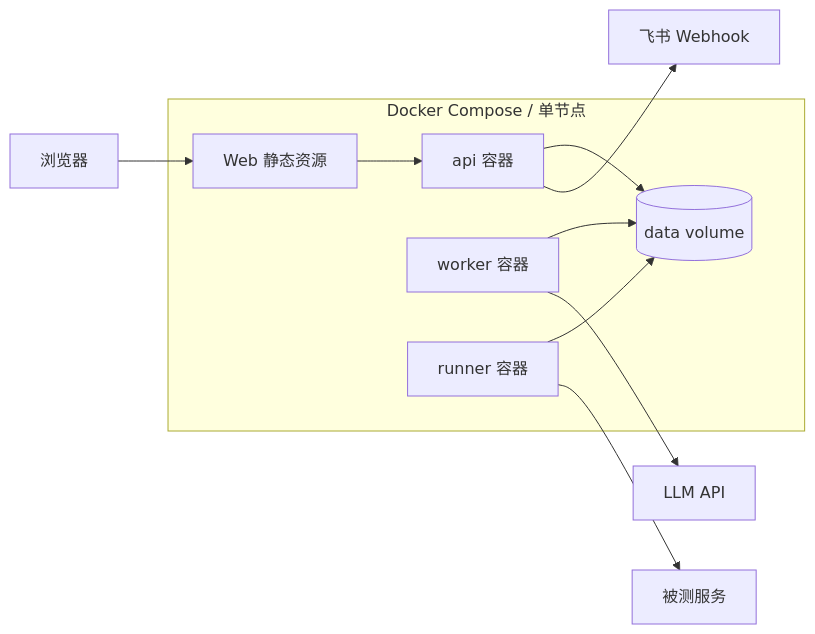
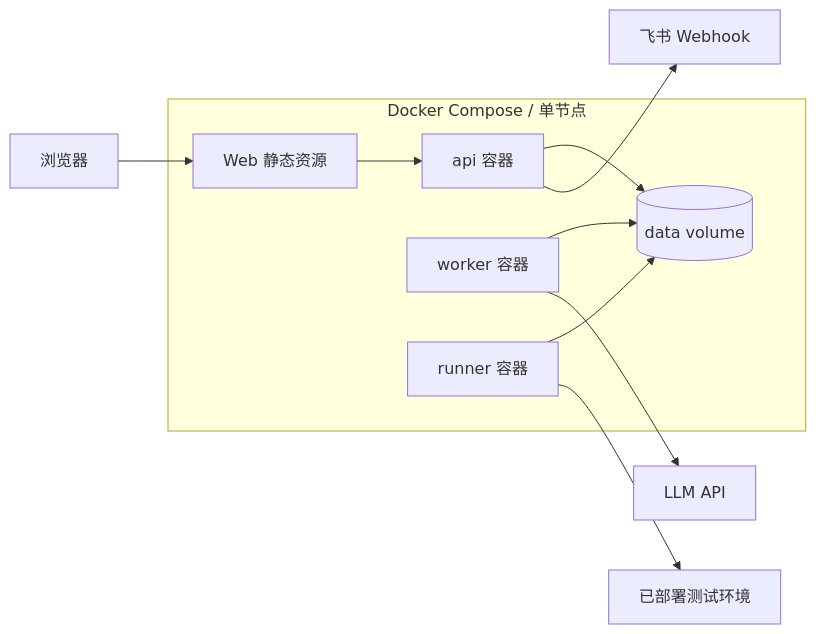
One commit to kilimm/git-ai-test-flow changed the third of 7 diagrams in docs/PROJECT_SPEC.md. Above: the diagram before and after it, drawn with Mermaid. The commit also changed other lines of this file and 1 other file, not shown here.

````diff
--- a/docs/PROJECT_SPEC.md
+++ b/docs/PROJECT_SPEC.md
@@ -625,17 +633,17 @@
 ```mermaid
 flowchart LR
   subgraph Docker["Docker Compose / 单节点"]
     NGINX[Web 静态资源]
     API[api 容器]
     WK[worker 容器]
     RUN[runner 容器]
     VOL[(data volume)]
   end
   BROWSER[浏览器] --> NGINX --> API
   API --> VOL
   WK --> VOL
   RUN --> VOL
   WK --> LLM[LLM API]
-  RUN --> TARGET[被测服务]
+  RUN --> TARGET[已部署测试环境]
   API --> FEISHU[飞书 Webhook]
 ```
````
